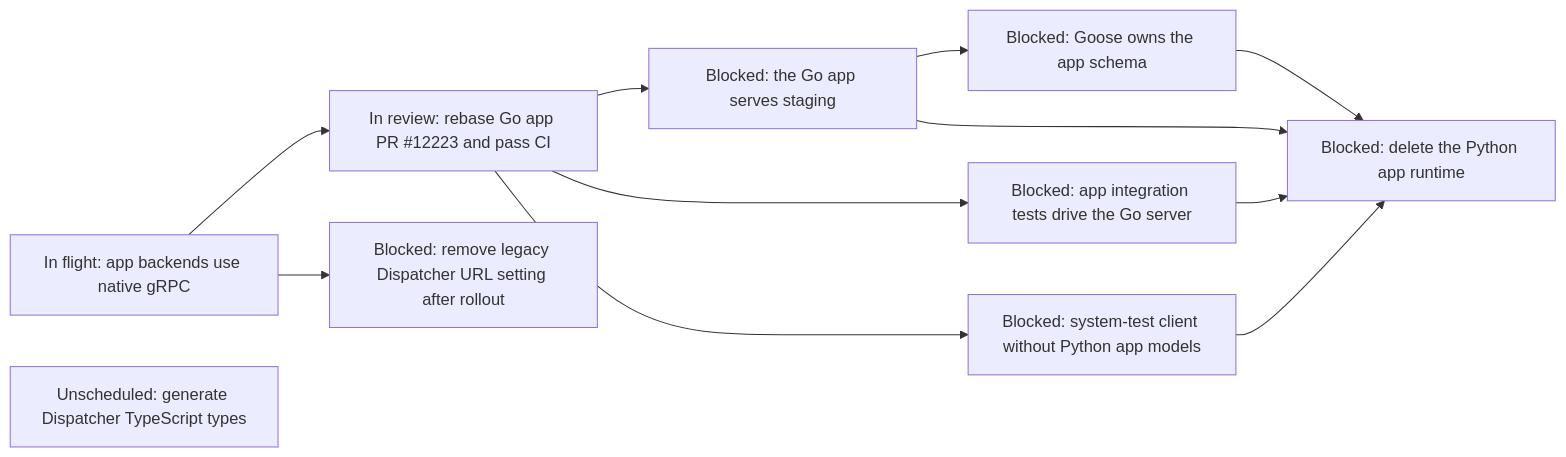
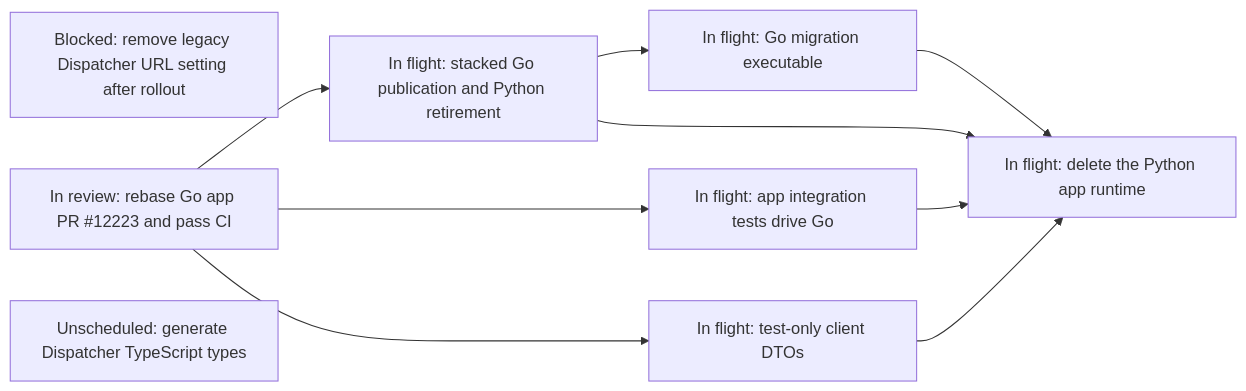
Diagram 18 of 19 in agentplane/plans/task_dag.md (agentydragon-agent/ducktape), drawn with Mermaid before and after one commit. The commit also changed other lines of this file and 205 other files, not shown here.

Commit message:
Deploy the Go integration app and retire the Python runtime

````diff
--- a/agentplane/plans/task_dag.md
+++ b/agentplane/plans/task_dag.md
@@ -1901,14 +1896,13 @@
 ```mermaid
 flowchart LR
-    APP_HTTP_GRPC_BOUNDARY[In flight: app backends use native gRPC] --> APP_GO_PORT_CATCHUP[In review: rebase Go app PR #12223 and pass CI]
-    APP_HTTP_GRPC_BOUNDARY --> APP_DISPATCHER_HTTP_SETTING_CLEANUP[Blocked: remove legacy Dispatcher URL setting after rollout]
-    APP_GO_PORT_CATCHUP[In review: rebase Go app PR #12223 and pass CI] --> APP_GO_CUTOVER[Blocked: the Go app serves staging]
-    APP_GO_PORT_CATCHUP --> APP_GO_TEST_RETARGET[Blocked: app integration tests drive the Go server]
-    APP_GO_PORT_CATCHUP --> APP_SYSTEM_TEST_CLIENT[Blocked: system-test client without Python app models]
+    APP_DISPATCHER_HTTP_SETTING_CLEANUP[Blocked: remove legacy Dispatcher URL setting after rollout]
+    APP_GO_PORT_CATCHUP[In review: rebase Go app PR #12223 and pass CI] --> APP_GO_CUTOVER[In flight: stacked Go publication and Python retirement]
+    APP_GO_PORT_CATCHUP --> APP_GO_TEST_RETARGET[In flight: app integration tests drive Go]
+    APP_GO_PORT_CATCHUP --> APP_SYSTEM_TEST_CLIENT[In flight: test-only client DTOs]
     APP_DISPATCHER_TS_TYPES[Unscheduled: generate Dispatcher TypeScript types]
-    APP_GO_CUTOVER --> APP_GOOSE_MIGRATIONS[Blocked: Goose owns the app schema]
-    APP_GO_CUTOVER --> APP_PYTHON_RETIRE[Blocked: delete the Python app runtime]
+    APP_GO_CUTOVER --> APP_GOOSE_MIGRATIONS[In flight: Go migration executable]
+    APP_GO_CUTOVER --> APP_PYTHON_RETIRE[In flight: delete the Python app runtime]
     APP_GO_TEST_RETARGET --> APP_PYTHON_RETIRE
     APP_SYSTEM_TEST_CLIENT --> APP_PYTHON_RETIRE
     APP_GOOSE_MIGRATIONS --> APP_PYTHON_RETIRE
 ```
````
